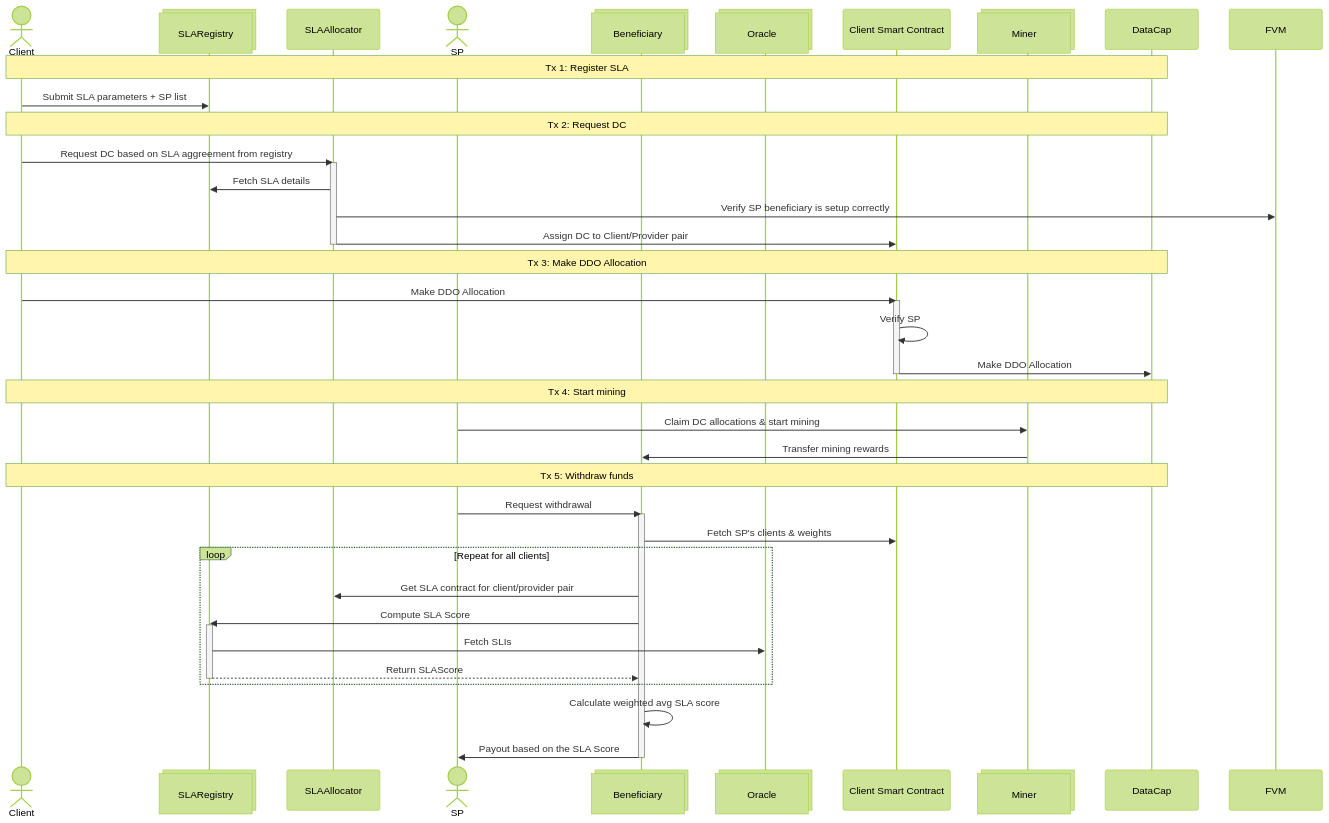
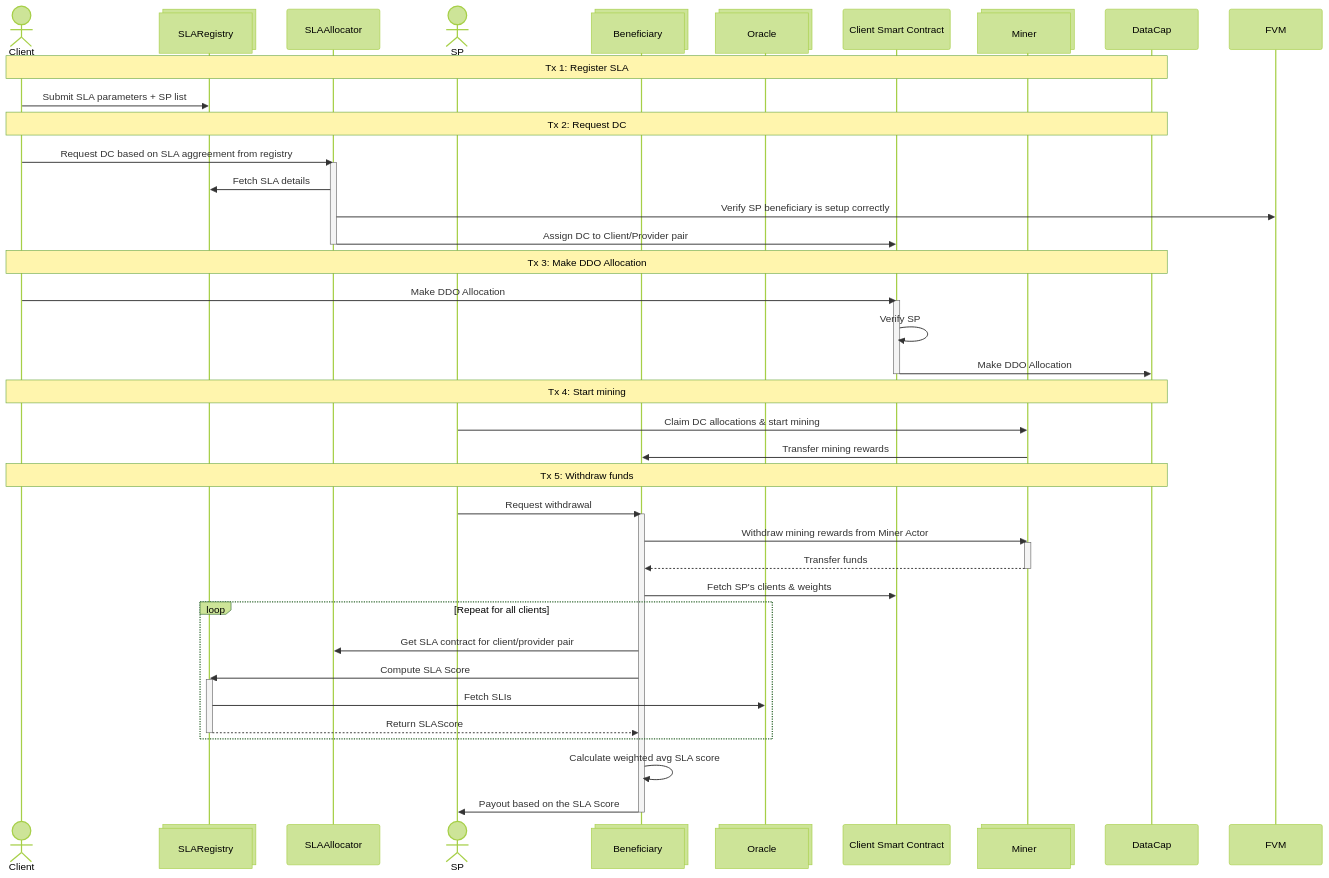
Before and after one commit to kacperzuk-neti/sla-allocator-contracts: the first of 2 diagrams in README.md, drawn with Mermaid (forest theme). The commit also changed other lines of this file and 1 other file, not shown here.

Commit message:
Update README_single_client_per_sp.md (#19)

````diff
--- a/README.md
+++ b/README.md
@@ -194,53 +195,57 @@
 ```mermaid
 sequenceDiagram
   actor Client
   participant SLARegistry@{ "type" : "collections" }
   participant SLAAllocator
   actor SP
   participant Beneficiary@{ "type" : "collections" }
   participant Oracle@{ "type" : "collections" }
   participant ClientSC as Client Smart Contract
   participant Miner@{ "type" : "collections" }
 
 note over Client,DataCap: Tx 1: Register SLA
   Client->>SLARegistry: Submit SLA parameters + SP list
 
 note over Client,DataCap: Tx 2: Request DC
   Client->>SLAAllocator: Request DC based on SLA aggreement from registry
   activate SLAAllocator
   SLAAllocator->>SLARegistry: Fetch SLA details
 
   SLAAllocator->>FVM: Verify SP beneficiary is setup correctly
   SLAAllocator->>ClientSC: Assign DC to Client/Provider pair
   deactivate SLAAllocator
 
 note over Client,DataCap: Tx 3: Make DDO Allocation
   Client->>ClientSC: Make DDO Allocation
   activate ClientSC
   ClientSC->>ClientSC: Verify SP
   ClientSC->>DataCap: Make DDO Allocation
   deactivate ClientSC
 
 note over Client,DataCap: Tx 4: Start mining
   SP->>Miner: Claim DC allocations & start mining
   Miner->>Beneficiary: Transfer mining rewards
   
 note over Client,DataCap: Tx 5: Withdraw funds
   SP->>Beneficiary: Request withdrawal
   activate Beneficiary
+  Beneficiary->>Miner: Withdraw mining rewards from Miner Actor
+  activate Miner
+  Miner-->>Beneficiary: Transfer funds
+  deactivate Miner
   
   Beneficiary->>ClientSC: Fetch SP's clients & weights
   loop Repeat for all clients
   Beneficiary->>SLAAllocator: Get SLA contract for client/provider pair
   Beneficiary->>SLARegistry: Compute SLA Score
   activate SLARegistry
   SLARegistry->>Oracle: Fetch SLIs
   SLARegistry-->>Beneficiary: Return SLAScore
   deactivate SLARegistry
   end
   
   Beneficiary->>Beneficiary: Calculate weighted avg SLA score
 
   Beneficiary->>SP: Payout based on the SLA Score
   deactivate Beneficiary
 ```
````
